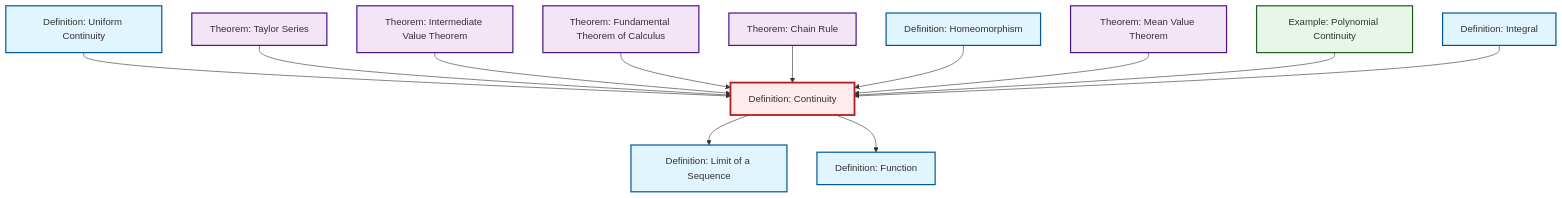
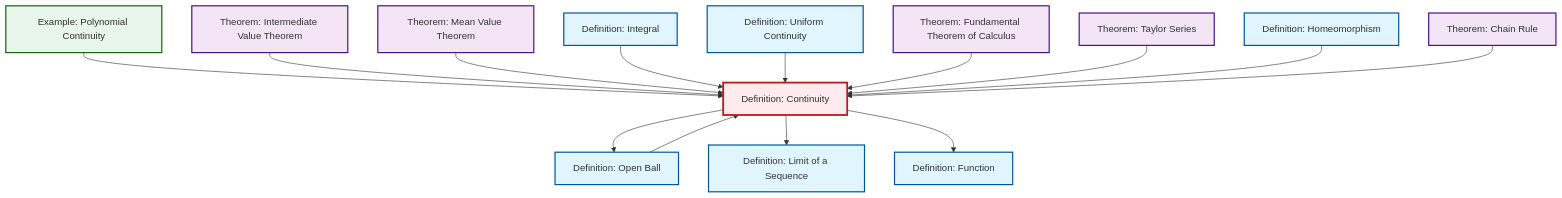
The diagram in content/en/analysis/def-continuity.qmd (RK0429/ModernMath), drawn with Mermaid before and after one commit. The commit also changed 1069 other files, not shown here.

````diff
--- a/content/en/analysis/def-continuity.qmd
+++ b/content/en/analysis/def-continuity.qmd
@@ -61,44 +61,48 @@
 ```{mermaid}
 %%| fig-cap: "Local dependency graph"
 graph TD
     classDef definition fill:#e1f5fe,stroke:#01579b,stroke-width:2px
     classDef theorem fill:#f3e5f5,stroke:#4a148c,stroke-width:2px
     classDef axiom fill:#fff3e0,stroke:#e65100,stroke-width:2px
     classDef example fill:#e8f5e9,stroke:#1b5e20,stroke-width:2px
     classDef current fill:#ffebee,stroke:#b71c1c,stroke-width:3px
-    ex-polynomial-continuity["Example: Polynomial Continuity"]:::example
-    def-continuity["Definition: Continuity"]:::definition
-    thm-intermediate-value["Theorem: Intermediate Value Theorem"]:::theorem
-    thm-taylor-series["Theorem: Taylor Series"]:::theorem
-    def-homeomorphism["Definition: Homeomorphism"]:::definition
-    thm-fundamental-calculus["Theorem: Fundamental Theorem of Calculus"]:::theorem
-    def-function["Definition: Function"]:::definition
-    def-limit["Definition: Limit of a Sequence"]:::definition
-    thm-mean-value["Theorem: Mean Value Theorem"]:::theorem
-    def-uniform-continuity["Definition: Uniform Continuity"]:::definition
     def-integral["Definition: Integral"]:::definition
     thm-chain-rule["Theorem: Chain Rule"]:::theorem
+    def-limit["Definition: Limit of a Sequence"]:::definition
+    def-uniform-continuity["Definition: Uniform Continuity"]:::definition
+    ex-polynomial-continuity["Example: Polynomial Continuity"]:::example
+    def-function["Definition: Function"]:::definition
+    thm-fundamental-calculus["Theorem: Fundamental Theorem of Calculus"]:::theorem
+    thm-intermediate-value["Theorem: Intermediate Value Theorem"]:::theorem
+    def-homeomorphism["Definition: Homeomorphism"]:::definition
+    def-continuity["Definition: Continuity"]:::definition
+    def-open-ball["Definition: Open Ball"]:::definition
+    thm-taylor-series["Theorem: Taylor Series"]:::theorem
+    thm-mean-value["Theorem: Mean Value Theorem"]:::theorem
+    ex-polynomial-continuity --> def-continuity
+    def-continuity --> def-open-ball
+    thm-intermediate-value --> def-continuity
+    def-open-ball --> def-continuity
+    thm-mean-value --> def-continuity
+    def-integral --> def-continuity
     def-uniform-continuity --> def-continuity
+    def-continuity --> def-limit
+    def-continuity --> def-function
+    thm-fundamental-calculus --> def-continuity
     thm-taylor-series --> def-continuity
-    thm-intermediate-value --> def-continuity
-    def-continuity --> def-limit
-    thm-fundamental-calculus --> def-continuity
+    def-homeomorphism --> def-continuity
     thm-chain-rule --> def-continuity
-    def-homeomorphism --> def-continuity
-    thm-mean-value --> def-continuity
-    ex-polynomial-continuity --> def-continuity
-    def-integral --> def-continuity
-    def-continuity --> def-function
     class def-continuity current
-    click ex-polynomial-continuity "ex-polynomial-continuity.html" "Go to Polynomial Continuity example"
-    click thm-intermediate-value "thm-intermediate-value.html" "Go to Intermediate Value Theorem theorem"
-    click thm-taylor-series "thm-taylor-series.html" "Go to Taylor Series theorem"
-    click def-homeomorphism "def-homeomorphism.html" "Go to Homeomorphism definition"
-    click thm-fundamental-calculus "thm-fundamental-calculus.html" "Go to Fundamental Theorem of Calculus theorem"
-    click def-function "def-function.html" "Go to Function definition"
-    click def-limit "def-limit.html" "Go to Limit of a Sequence definition"
-    click thm-mean-value "thm-mean-value.html" "Go to Mean Value Theorem theorem"
-    click def-uniform-continuity "def-uniform-continuity.html" "Go to Uniform Continuity definition"
     click def-integral "def-integral.html" "Go to Integral definition"
     click thm-chain-rule "thm-chain-rule.html" "Go to Chain Rule theorem"
+    click def-limit "def-limit.html" "Go to Limit of a Sequence definition"
+    click def-uniform-continuity "def-uniform-continuity.html" "Go to Uniform Continuity definition"
+    click ex-polynomial-continuity "ex-polynomial-continuity.html" "Go to Polynomial Continuity example"
+    click def-function "def-function.html" "Go to Function definition"
+    click thm-fundamental-calculus "thm-fundamental-calculus.html" "Go to Fundamental Theorem of Calculus theorem"
+    click thm-intermediate-value "thm-intermediate-value.html" "Go to Intermediate Value Theorem theorem"
+    click def-homeomorphism "def-homeomorphism.html" "Go to Homeomorphism definition"
+    click def-open-ball "def-open-ball.html" "Go to Open Ball definition"
+    click thm-taylor-series "thm-taylor-series.html" "Go to Taylor Series theorem"
+    click thm-mean-value "thm-mean-value.html" "Go to Mean Value Theorem theorem"
 ```
````
